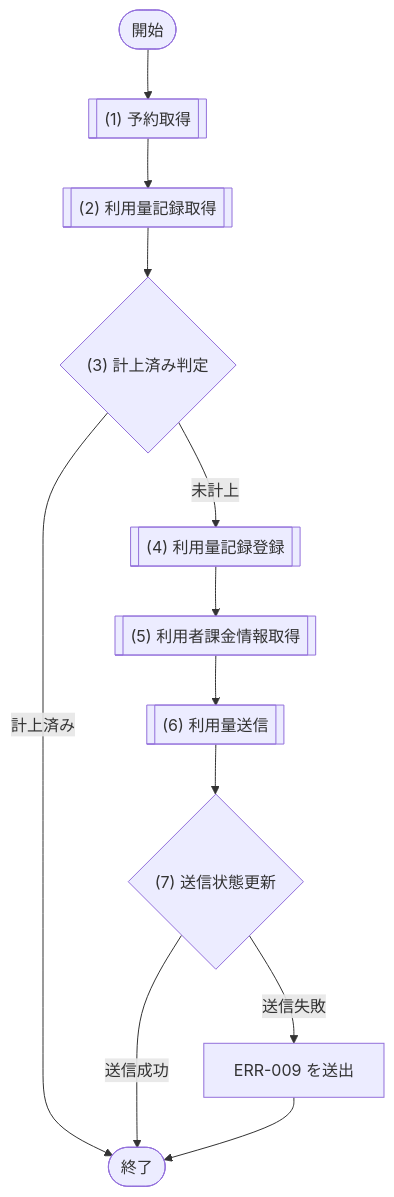
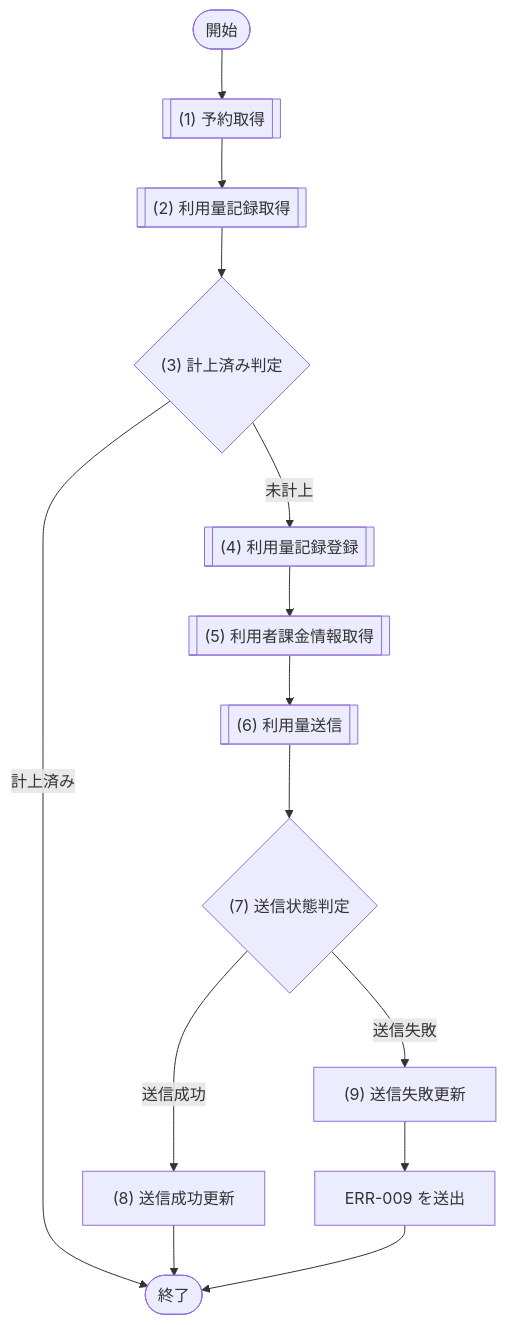
Before and after one commit to sikakou54/system-document-template: the fourth of 6 diagrams in docs/03_機能設計/05_モジュール設計/MOD-007_課金サービス.md, drawn with Mermaid. The commit also changed other lines of this file and 15 other files, not shown here.

````diff
--- a/docs/03_機能設計/05_モジュール設計/MOD-007_課金サービス.md
+++ b/docs/03_機能設計/05_モジュール設計/MOD-007_課金サービス.md
@@ -401,19 +469,21 @@
 ```mermaid
 flowchart TD
   Start([開始])
   P1[["(1) 予約取得"]]
   P2[["(2) 利用量記録取得"]]
   D1{"(3) 計上済み判定"}
   P3[["(4) 利用量記録登録"]]
   P4[["(5) 利用者課金情報取得"]]
   P5[["(6) 利用量送信"]]
-  D2{"(7) 送信状態更新"}
+  D2{"(7) 送信状態判定"}
+  P6["(8) 送信成功更新"]
+  P7["(9) 送信失敗更新"]
   E1["ERR-009 を送出"]
   End([終了])
 
   Start --> P1 --> P2 --> D1
   D1 -- "計上済み" --> End
   D1 -- "未計上" --> P3 --> P4 --> P5 --> D2
-  D2 -- "送信成功" --> End
-  D2 -- "送信失敗" --> E1 --> End
+  D2 -- "送信成功" --> P6 --> End
+  D2 -- "送信失敗" --> P7 --> E1 --> End
 ```
````
